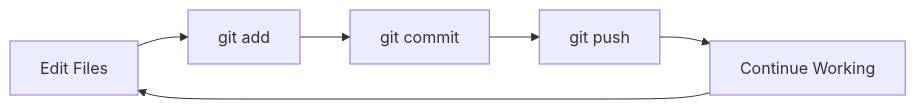
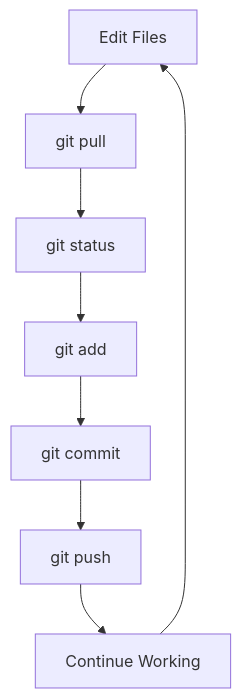
One commit to mfbenitezp/GG3209_Labs changed the third of 4 diagrams in git_github_guide.qmd. Above: the diagram before and after it, drawn with Mermaid. The commit also changed other lines of this file and 4 other files, not shown here.

Commit message:
fixing some diagrams and typos

````diff
--- a/git_github_guide.qmd
+++ b/git_github_guide.qmd
@@ -382,11 +386,13 @@
 ```{mermaid}
 %%| fig-cap: "Daily Git Workflow"
 %%| fig-align: center
 
-flowchart LR
-    A[Edit Files] --> B[git add]
-    B --> C[git commit]
-    C --> D[git push]
-    D --> E[Continue Working]
-    E --> A
+flowchart TD
+    A[Edit Files] --> B[git pull]
+    B --> C[git status]
+    C --> D[git add]
+    D --> E[git commit]
+    E --> F[git push]
+    F --> G[Continue Working]
+    G --> A
 ```
````
